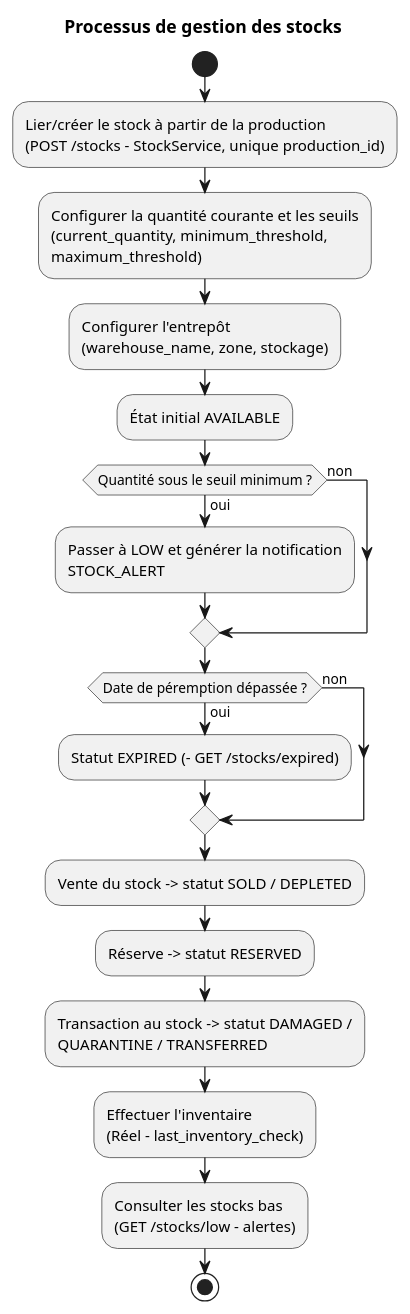
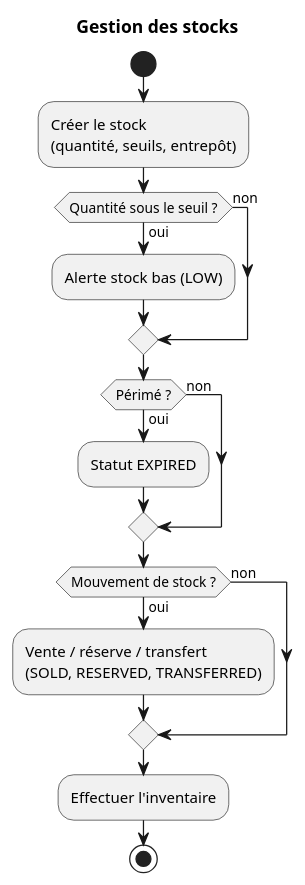
Before and after one commit to louvinx/sysgeca_documentation: the diagram in puml/figure16_processus_gestion_stocks.puml, drawn with PlantUML. The commit also changed 12 other files, not shown here.

```diff
--- a/puml/figure16_processus_gestion_stocks.puml
+++ b/puml/figure16_processus_gestion_stocks.puml
@@ -1,34 +1,22 @@
 @startuml
-title Processus de gestion des stocks
+title Gestion des stocks
 
 skinparam shadowing false
 
 start
-:Lier/créer le stock à partir de la production\n(POST /stocks - StockService, unique production_id);
-
-:Configurer la quantité courante et les seuils\n(current_quantity, minimum_threshold,\nmaximum_threshold);
-
-:Configurer l'entrepôt\n(warehouse_name, zone, stockage);
-
-:État initial AVAILABLE;
-
-if (Quantité sous le seuil minimum ?) then (non)
+:Créer le stock\n(quantité, seuils, entrepôt);
+if (Quantité sous le seuil ?) then (non)
 else (oui)
-  :Passer à LOW et générer la notification\nSTOCK_ALERT;
+  :Alerte stock bas (LOW);
 endif
-
-if (Date de péremption dépassée ?) then (oui)
-  :Statut EXPIRED (- GET /stocks/expired);
+if (Périmé ?) then (oui)
+  :Statut EXPIRED;
 else (non)
 endif
-
-:Vente du stock -> statut SOLD / DEPLETED;
-:Réserve -> statut RESERVED;
-:Transaction au stock -> statut DAMAGED /\nQUARANTINE / TRANSFERRED;
-
-:Effectuer l'inventaire\n(Réel - last_inventory_check);
-
-:Consulter les stocks bas\n(GET /stocks/low - alertes);
-
+if (Mouvement de stock ?) then (oui)
+  :Vente / réserve / transfert\n(SOLD, RESERVED, TRANSFERRED);
+else (non)
+endif
+:Effectuer l'inventaire;
 stop
 @enduml
```
